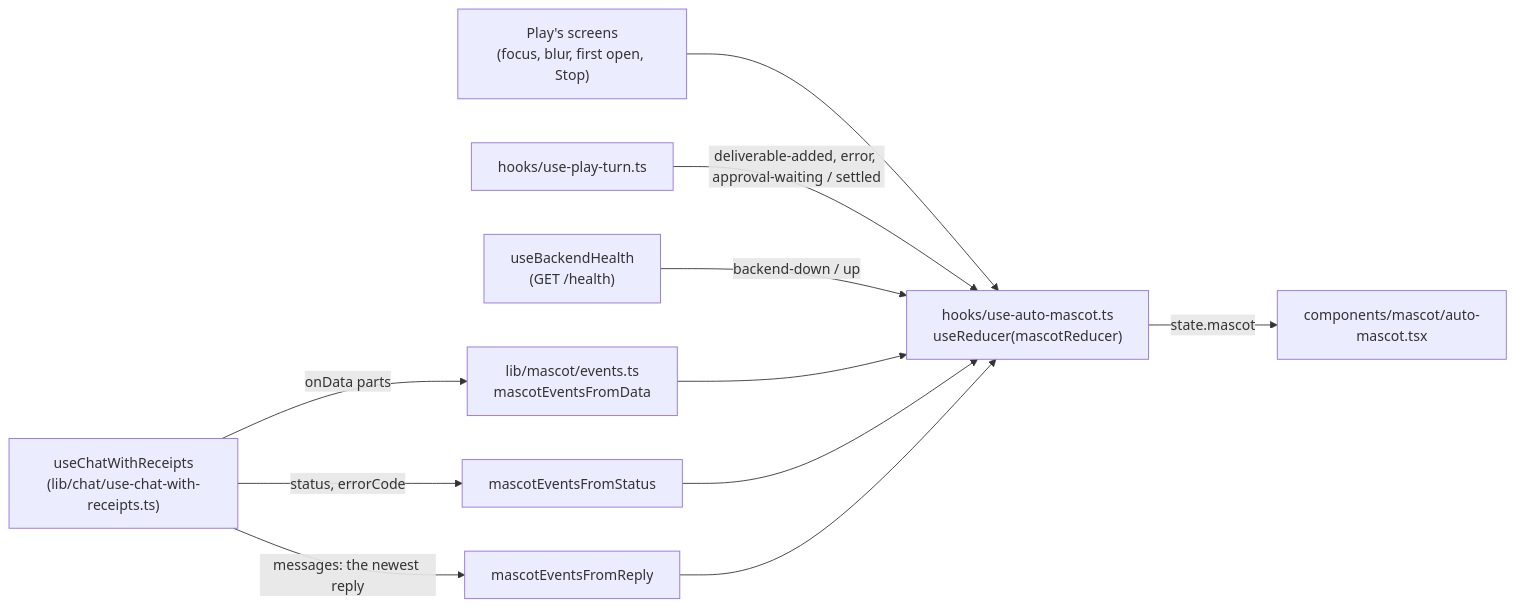
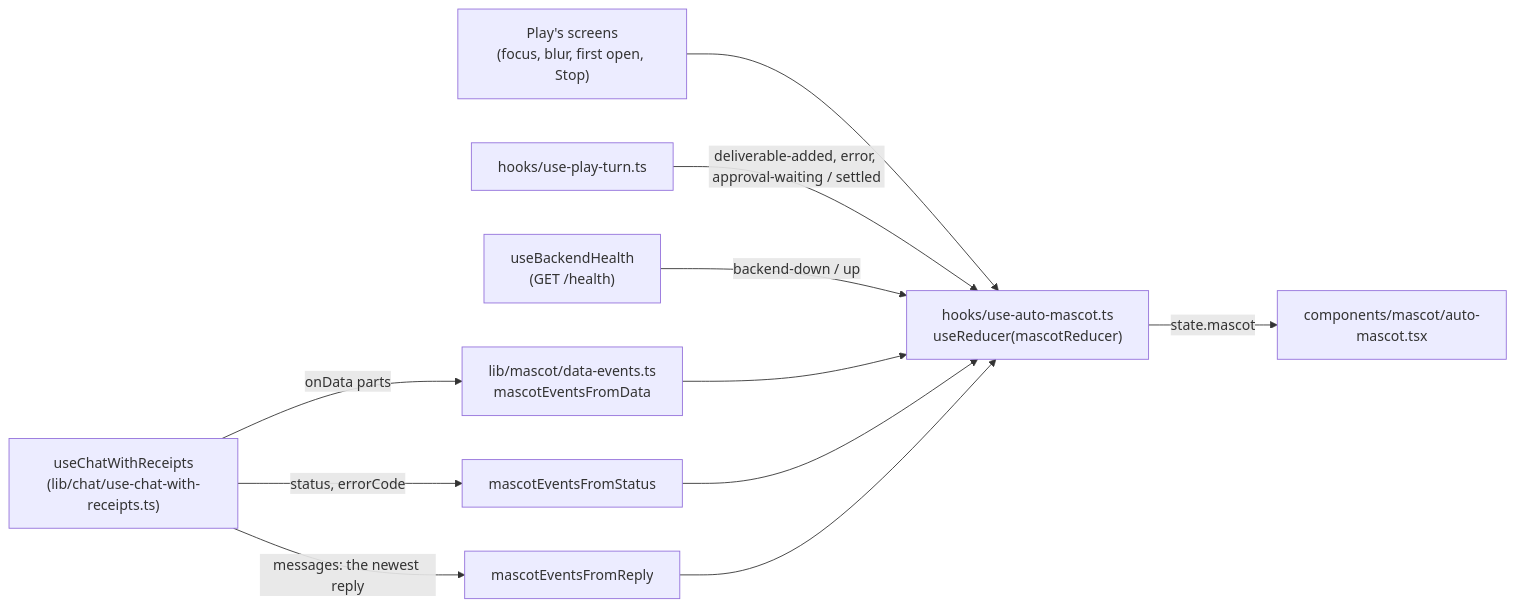
Before and after one commit to AutomatosAI/automatos-ai: the second of 2 diagrams in docs/frontend-architecture/play-theme.md, drawn with Mermaid. The commit also changed other lines of this file, not shown here.

Commit message:
docs(prd-261): play-theme.md names lib/mascot/data-events.ts for Auto's onData parts [skip ci]

````diff
--- a/docs/frontend-architecture/play-theme.md
+++ b/docs/frontend-architecture/play-theme.md
@@ -398,13 +399,13 @@
 ```mermaid
 graph LR
-    Chat["useChatWithReceipts<br/>(lib/chat/use-chat-with-receipts.ts)"] -->|"onData parts"| Events["lib/mascot/events.ts<br/>mascotEventsFromData"]
+    Chat["useChatWithReceipts<br/>(lib/chat/use-chat-with-receipts.ts)"] -->|"onData parts"| Events["lib/mascot/data-events.ts<br/>mascotEventsFromData"]
     Chat -->|"status, errorCode"| Status["mascotEventsFromStatus"]
     Chat -->|"messages: the newest reply"| Reply["mascotEventsFromReply"]
     Page["Play's screens<br/>(focus, blur, first open, Stop)"] --> Driver
     Turn["hooks/use-play-turn.ts"] -->|"deliverable-added, error, approval-waiting / settled"| Driver
     Health["useBackendHealth<br/>(GET /health)"] -->|"backend-down / up"| Driver
     Events --> Driver["hooks/use-auto-mascot.ts<br/>useReducer(mascotReducer)"]
     Status --> Driver
     Reply --> Driver
     Driver -->|"state.mascot"| View["components/mascot/auto-mascot.tsx"]
 ```
````
